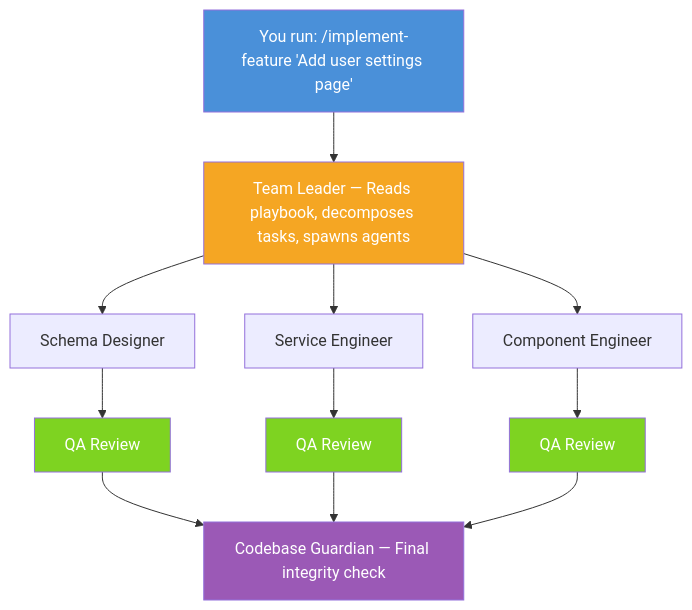
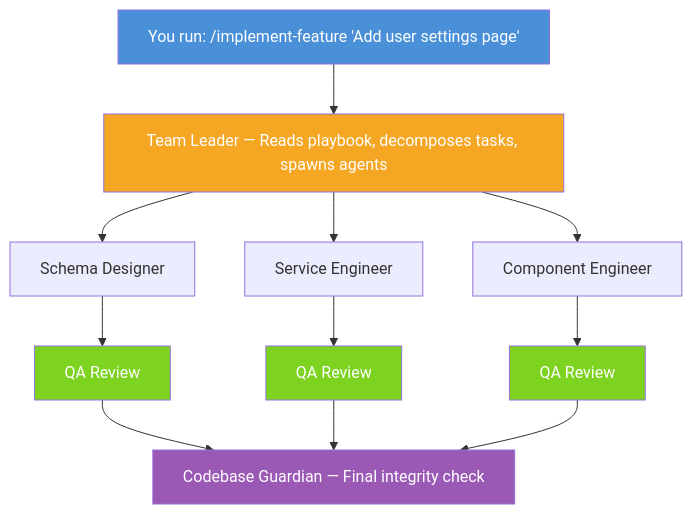
Before and after one commit to ParkerM2/create-claude-workflow: the first of 3 diagrams in README.md, drawn with Mermaid. The commit also changed other lines of this file, not shown here.

First line of the commit message:
fix: add mermaid init directives to widen flowchart nodes

````diff
--- a/README.md
+++ b/README.md
@@ -15,20 +15,21 @@
 ```mermaid
+%%{init: {'flowchart': {'useMaxWidth': false, 'wrappingWidth': 400}}}%%
 flowchart TD
     A["You run: /implement-feature 'Add user settings page'"] --> B["Team Leader — Reads playbook, decomposes tasks, spawns agents"]
     B --> C["Schema Designer"]
     B --> D["Service Engineer"]
     B --> E["Component Engineer"]
     C --> F["QA Review"]
     D --> G["QA Review"]
     E --> H["QA Review"]
     F --> I["Codebase Guardian — Final integrity check"]
     G --> I
     H --> I
 
     style A fill:#4a90d9,color:#fff
     style B fill:#f5a623,color:#fff
     style F fill:#7ed321,color:#fff
     style G fill:#7ed321,color:#fff
     style H fill:#7ed321,color:#fff
     style I fill:#9b59b6,color:#fff
 ```
````
